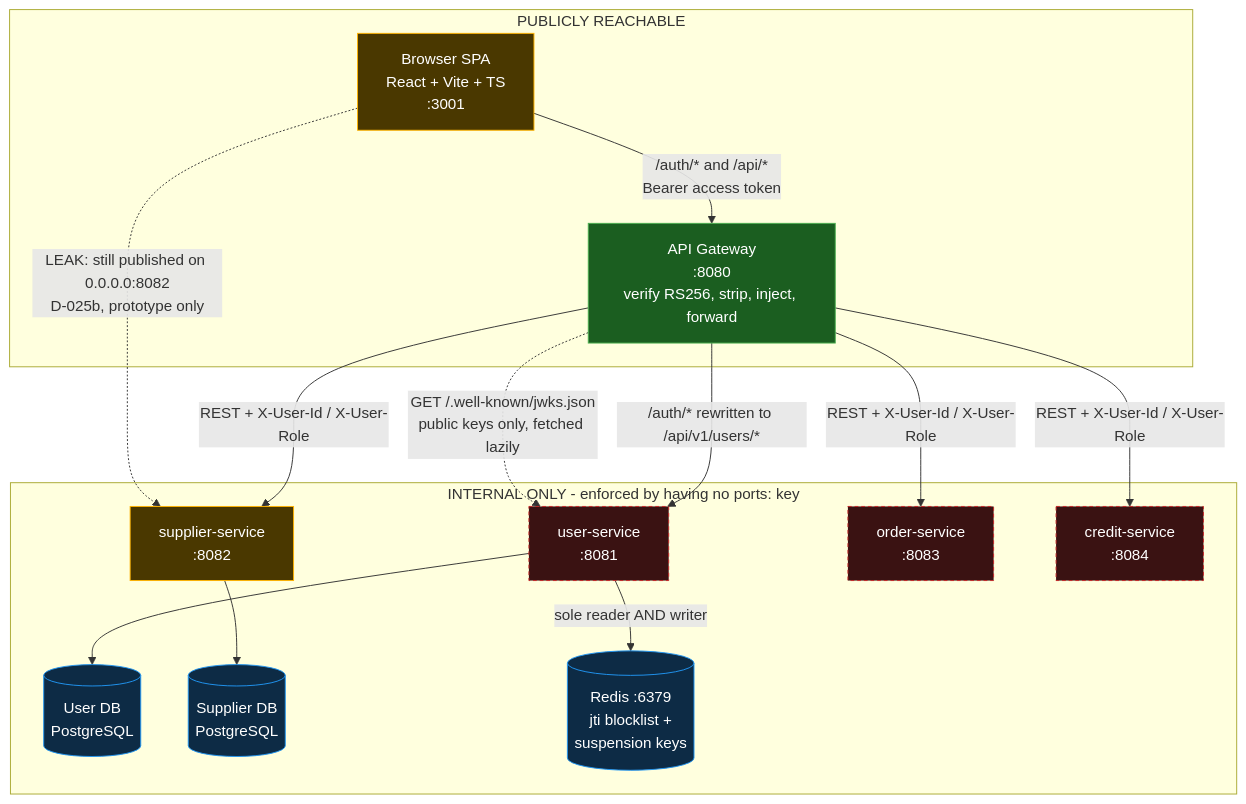
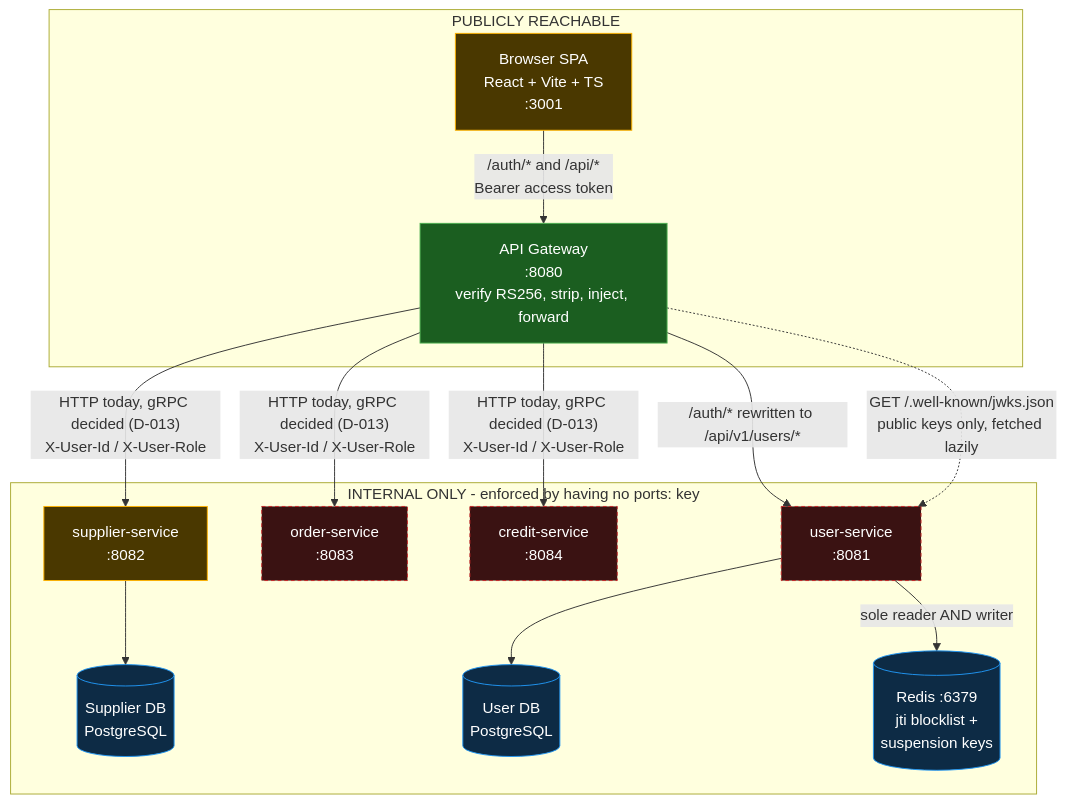
The first of 6 diagrams in ai/decisions/architecture.md (AY2627S1-CS3219-P2/FoC), drawn with Mermaid before and after one commit. The commit also changed other lines of this file and 3 other files, not shown here.

````diff
--- a/ai/decisions/architecture.md
+++ b/ai/decisions/architecture.md
@@ -32,40 +32,38 @@
 ```mermaid
 flowchart TB
     subgraph PUBLIC["PUBLICLY REACHABLE"]
         UI["Browser SPA<br/>React + Vite + TS<br/>:3001"]
         GW["API Gateway<br/>:8080<br/>verify RS256, strip, inject, forward"]
     end
 
     subgraph INTERNAL["INTERNAL ONLY - enforced by having no ports: key"]
         US["user-service<br/>:8081"]
         SUP["supplier-service<br/>:8082"]
         ORD["order-service<br/>:8083"]
         CRE["credit-service<br/>:8084"]
         UDB[("User DB<br/>PostgreSQL")]
         SDB[("Supplier DB<br/>PostgreSQL")]
         RDS[("Redis :6379<br/>jti blocklist +<br/>suspension keys")]
     end
 
     UI -->|"/auth/* and /api/*<br/>Bearer access token"| GW
-    GW -->|"REST + X-User-Id / X-User-Role"| SUP
-    GW -->|"REST + X-User-Id / X-User-Role"| ORD
-    GW -->|"REST + X-User-Id / X-User-Role"| CRE
+    GW -->|"HTTP today, gRPC decided (D-013)<br/>X-User-Id / X-User-Role"| SUP
+    GW -->|"HTTP today, gRPC decided (D-013)<br/>X-User-Id / X-User-Role"| ORD
+    GW -->|"HTTP today, gRPC decided (D-013)<br/>X-User-Id / X-User-Role"| CRE
     GW -->|"/auth/* rewritten to /api/v1/users/*"| US
     GW -.->|"GET /.well-known/jwks.json<br/>public keys only, fetched lazily"| US
 
     US --> UDB
     SUP --> SDB
     US -->|"sole reader AND writer"| RDS
-
-    UI -.->|"LEAK: still published on 0.0.0.0:8082<br/>D-025b, prototype only"| SUP
 
     classDef built fill:#1b5e20,stroke:#4caf50,color:#fff
     classDef partial fill:#4a3800,stroke:#ffb300,color:#fff
     classDef absent fill:#3a1212,stroke:#c62828,color:#fff,stroke-dasharray: 4 3
     classDef store fill:#0d2b45,stroke:#2196f3,color:#fff
 
     class GW built
     class UI,SUP partial
     class US,ORD,CRE absent
     class UDB,SDB,RDS store
 ```
````
